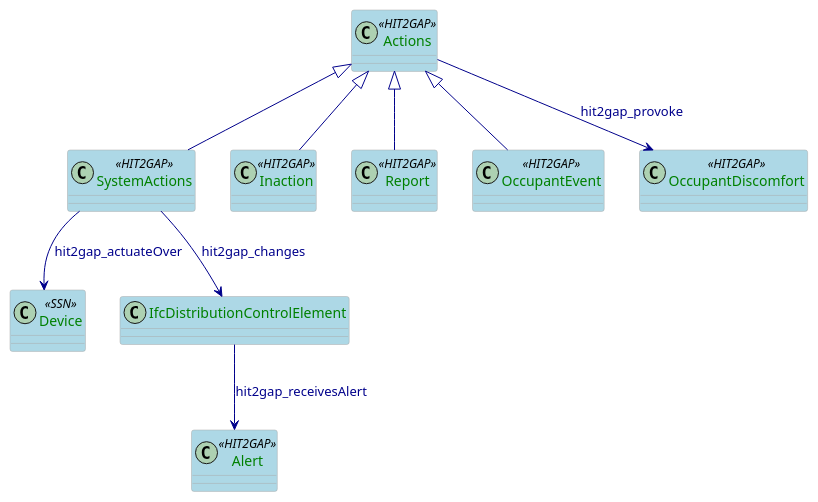
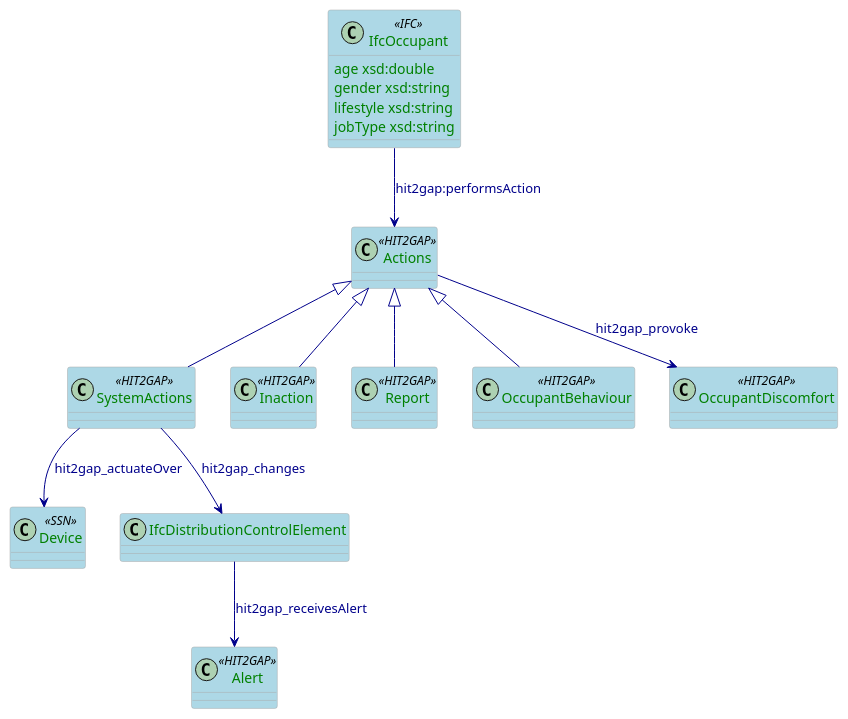
The diagram in docs/plantuml/ActionSpecification.puml (HIT2GAP-EU-PROJECT/BEMOnt), drawn with PlantUML before and after one commit.

```diff
--- a/docs/plantuml/ActionSpecification.puml
+++ b/docs/plantuml/ActionSpecification.puml
@@ -1,54 +1,62 @@
 @startuml
 
 skinparam class {
   ArrowColor DarkBlue
   ArrowFontColor DarkBlue
   BackgroundColor LightBlue
   BorderColor DarkGrey
 }
 skinparam stereotypeCBackgroundColor Wheat
 skinparam classAttributeFontColor  Green
 
 class Actions <<HIT2GAP>>{
 
 }
 
 class SystemActions<<HIT2GAP>>{
 
 }
 
 class Device <<SSN>>{
 
 }
 
 class Alert <<HIT2GAP>>{
 
 }
 
 class Inaction <<HIT2GAP>>{
 
 }
 
 class Report <<HIT2GAP>>{
 
 }
 
-class OccupantEvent<<HIT2GAP>>{
+class IfcOccupant <<IFC>>{
+  age xsd:double
+  gender xsd:string
+  lifestyle xsd:string
+  jobType xsd:string
+}
+
+class OccupantBehaviour<<HIT2GAP>>{
 
 }
 
 class OccupantDiscomfort <<HIT2GAP>>{
 
 }
 
 Actions <|-- SystemActions
 Actions <|-- Inaction
 Actions <|-- Report
-Actions <|-- OccupantEvent
+Actions <|-- OccupantBehaviour
 
 Actions --> OccupantDiscomfort:hit2gap_provoke
 SystemActions --> IfcDistributionControlElement:hit2gap_changes
 IfcDistributionControlElement --> Alert: hit2gap_receivesAlert
 SystemActions --> Device: hit2gap_actuateOver
+IfcOccupant --> Actions: hit2gap:performsAction
 
 @enduml
```
